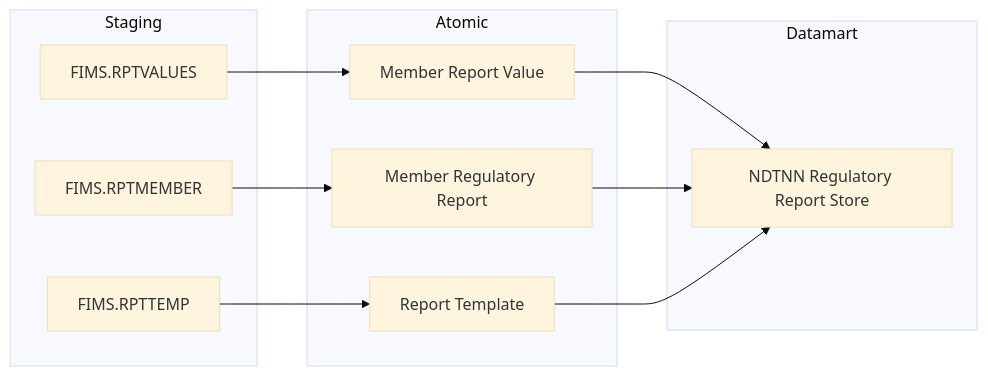
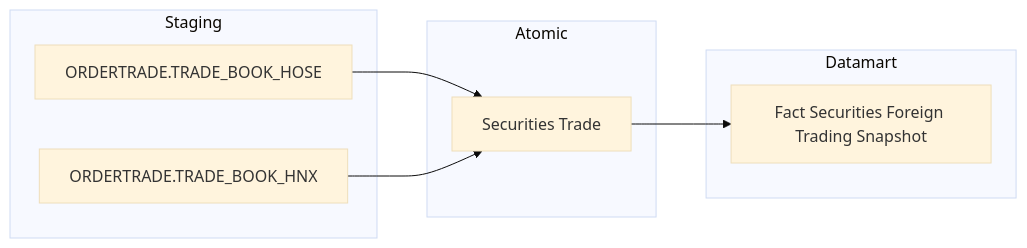
The sixth of 27 diagrams in Datamart/hld/DTM_NDTNN_HLD.md (linhlvit/ubck_atomic_design), drawn with Mermaid (base theme) before and after one commit. The commit also changed other lines of this file and 19 other files, not shown here.

````diff
--- a/Datamart/hld/DTM_NDTNN_HLD.md
+++ b/Datamart/hld/DTM_NDTNN_HLD.md
@@ -215,26 +225,20 @@
 ```mermaid
 flowchart LR
     subgraph SRC["Staging"]
-        S1["FIMS.RPTVALUES"]
-        S2["FIMS.RPTMEMBER"]
-        S3["FIMS.RPTTEMP"]
+        S1["ORDERTRADE.TRADE_BOOK_HOSE"]
+        S2["ORDERTRADE.TRADE_BOOK_HNX"]
     end
 
     subgraph SIL["Atomic"]
-        SV1["Member Report Value"]
-        SV2["Member Regulatory Report"]
-        SV3["Report Template"]
+        SV1["Securities Trade"]
     end
 
     subgraph Datamart["Datamart"]
-        G1["NDTNN Regulatory Report Store"]
+        G1["Fact Securities Foreign Trading Snapshot"]
     end
 
     S1 --> SV1
-    S2 --> SV2
-    S3 --> SV3
+    S2 --> SV1
 
     SV1 --> G1
-    SV2 --> G1
-    SV3 --> G1
 ```
````
